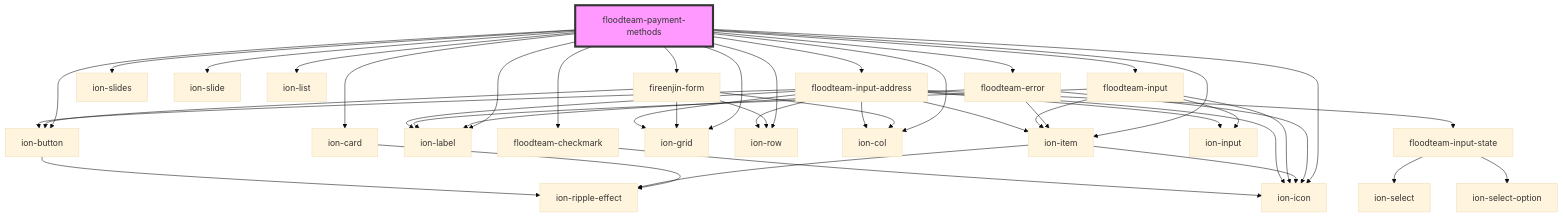
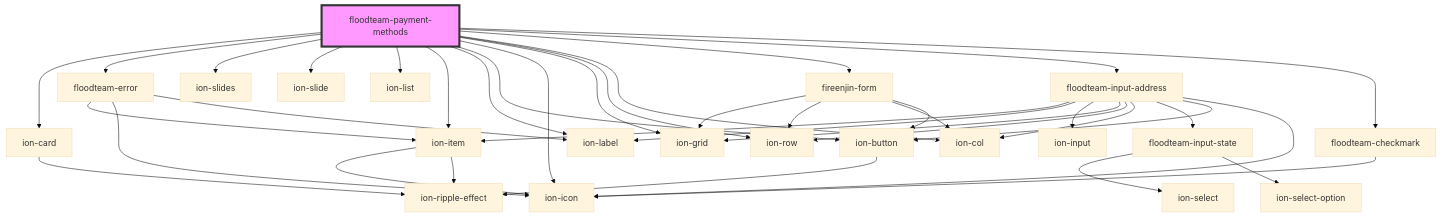
Before and after one commit to FloodTeam/components: the diagram in src/components/payment-methods/readme.md, drawn with Mermaid (base theme). The commit also changed other lines of this file and 24 other files, not shown here.

````diff
--- a/src/components/payment-methods/readme.md
+++ b/src/components/payment-methods/readme.md
@@ -49,47 +48,42 @@
 ```mermaid
 graph TD;
   floodteam-payment-methods --> ion-card
   floodteam-payment-methods --> floodteam-error
   floodteam-payment-methods --> ion-slides
   floodteam-payment-methods --> ion-slide
   floodteam-payment-methods --> ion-list
   floodteam-payment-methods --> ion-item
   floodteam-payment-methods --> ion-label
   floodteam-payment-methods --> ion-button
   floodteam-payment-methods --> ion-icon
   floodteam-payment-methods --> ion-grid
   floodteam-payment-methods --> ion-row
   floodteam-payment-methods --> ion-col
   floodteam-payment-methods --> fireenjin-form
-  floodteam-payment-methods --> floodteam-input
   floodteam-payment-methods --> floodteam-input-address
   floodteam-payment-methods --> floodteam-checkmark
   ion-card --> ion-ripple-effect
   floodteam-error --> ion-item
   floodteam-error --> ion-icon
   floodteam-error --> ion-label
   ion-item --> ion-icon
   ion-item --> ion-ripple-effect
   ion-button --> ion-ripple-effect
   fireenjin-form --> ion-grid
   fireenjin-form --> ion-row
   fireenjin-form --> ion-col
   fireenjin-form --> ion-button
-  floodteam-input --> ion-input
-  floodteam-input --> ion-item
-  floodteam-input --> ion-icon
-  floodteam-input --> ion-label
   floodteam-input-address --> ion-item
   floodteam-input-address --> ion-label
   floodteam-input-address --> ion-input
   floodteam-input-address --> ion-grid
   floodteam-input-address --> ion-row
   floodteam-input-address --> ion-col
   floodteam-input-address --> floodteam-input-state
   floodteam-input-address --> ion-button
   floodteam-input-address --> ion-icon
   floodteam-input-state --> ion-select
   floodteam-input-state --> ion-select-option
   floodteam-checkmark --> ion-icon
   style floodteam-payment-methods fill:#f9f,stroke:#333,stroke-width:4px
 ```
````
